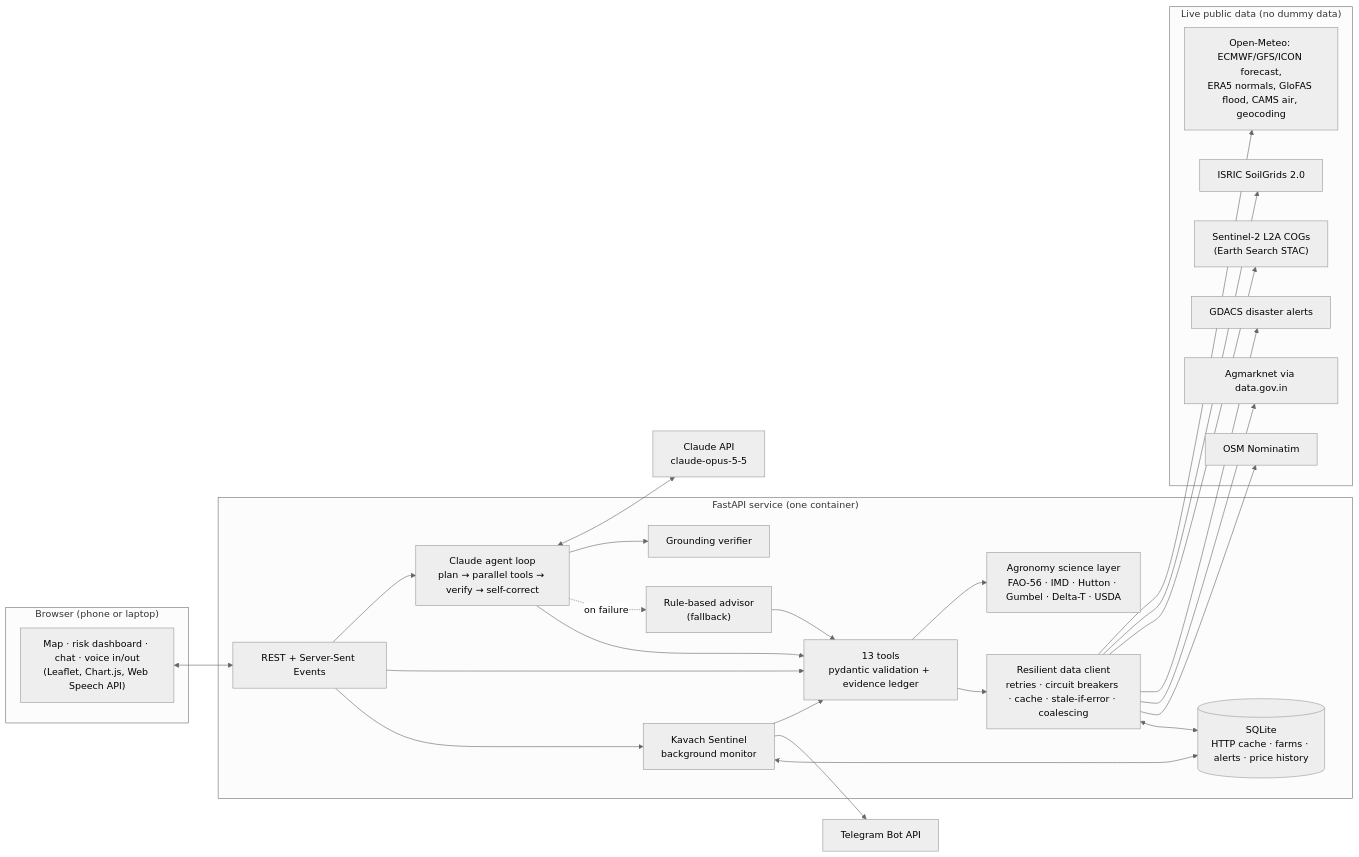
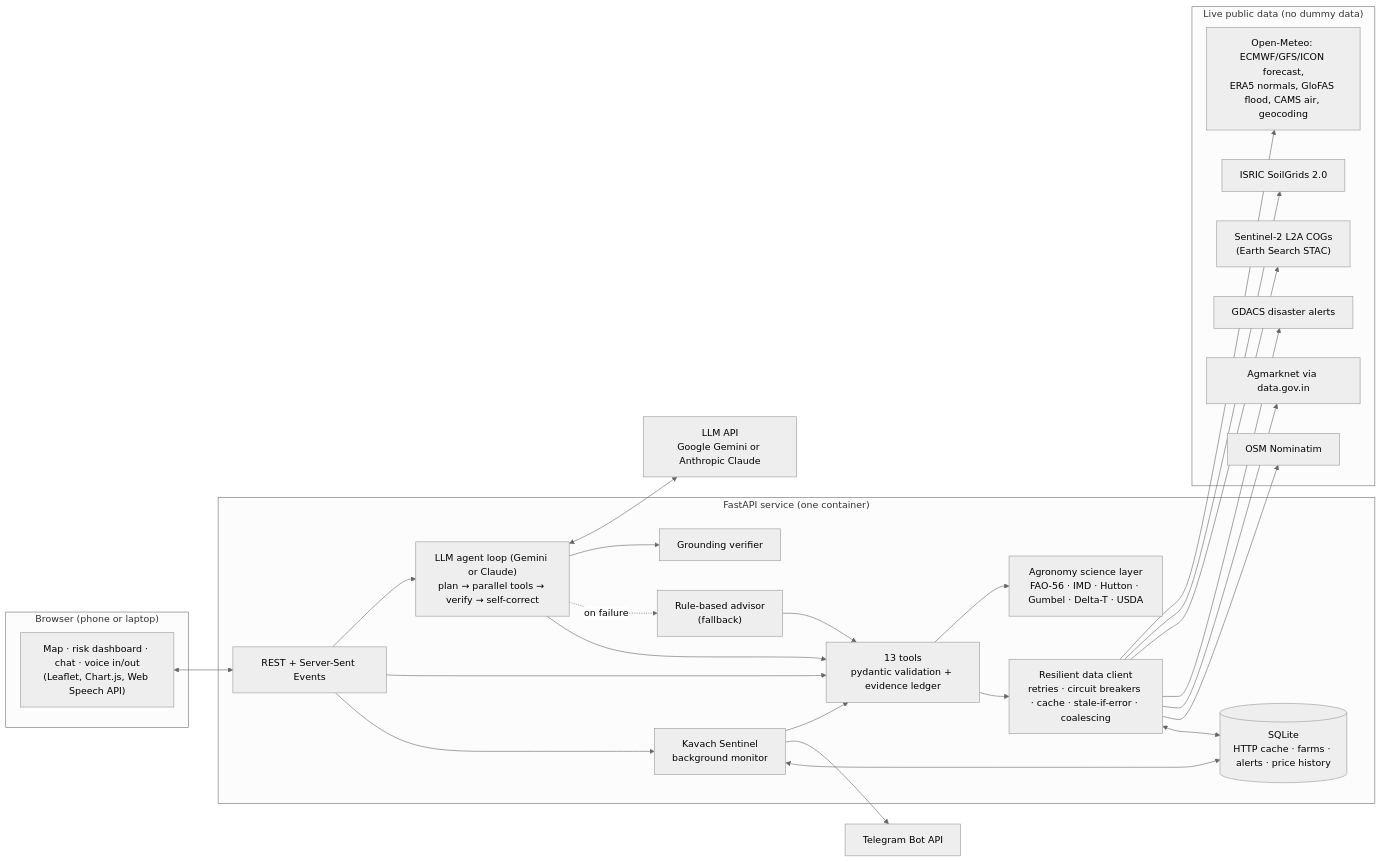
Before and after one commit to Sameer6556/KhetKavach: the first of 2 diagrams in README.md, drawn with Mermaid (neutral theme). The commit also changed other lines of this file and 23 other files, not shown here.

First line of the commit message:
Add Google Gemini as an alternative LLM provider

````diff
--- a/README.md
+++ b/README.md
@@ -67,44 +67,44 @@
 ```mermaid
 flowchart LR
     subgraph Client["Browser (phone or laptop)"]
         UI["Map · risk dashboard · chat · voice in/out<br/>(Leaflet, Chart.js, Web Speech API)"]
     end
     subgraph Server["FastAPI service (one container)"]
         API["REST + Server-Sent Events"]
-        AG["Claude agent loop<br/>plan → parallel tools → verify → self-correct"]
+        AG["LLM agent loop (Gemini or Claude)<br/>plan → parallel tools → verify → self-correct"]
         VR["Grounding verifier"]
         RB["Rule-based advisor<br/>(fallback)"]
         TL["13 tools<br/>pydantic validation + evidence ledger"]
         SCI["Agronomy science layer<br/>FAO-56 · IMD · Hutton · Gumbel · Delta-T · USDA"]
         DC["Resilient data client<br/>retries · circuit breakers · cache · stale-if-error · coalescing"]
         SN["Kavach Sentinel<br/>background monitor"]
         DB[("SQLite<br/>HTTP cache · farms · alerts · price history")]
     end
     subgraph Live["Live public data (no dummy data)"]
         OM["Open-Meteo: ECMWF/GFS/ICON forecast,<br/>ERA5 normals, GloFAS flood, CAMS air, geocoding"]
         SG["ISRIC SoilGrids 2.0"]
         S2["Sentinel-2 L2A COGs<br/>(Earth Search STAC)"]
         GD["GDACS disaster alerts"]
         AM["Agmarknet via data.gov.in"]
         OSM["OSM Nominatim"]
     end
-    CL["Claude API<br/>claude-opus-5-5"]
+    CL["LLM API<br/>Google Gemini or Anthropic Claude"]
     TG["Telegram Bot API"]
 
     UI <--> API
     API --> AG
     API --> TL
     API --> SN
     AG <--> CL
     AG --> VR
     AG -. on failure .-> RB
     AG --> TL
     RB --> TL
     SN --> TL
     SN --> TG
     TL --> SCI
     TL --> DC
     DC --> OM & SG & S2 & GD & AM & OSM
     DC <--> DB
     SN <--> DB
 ```
````
